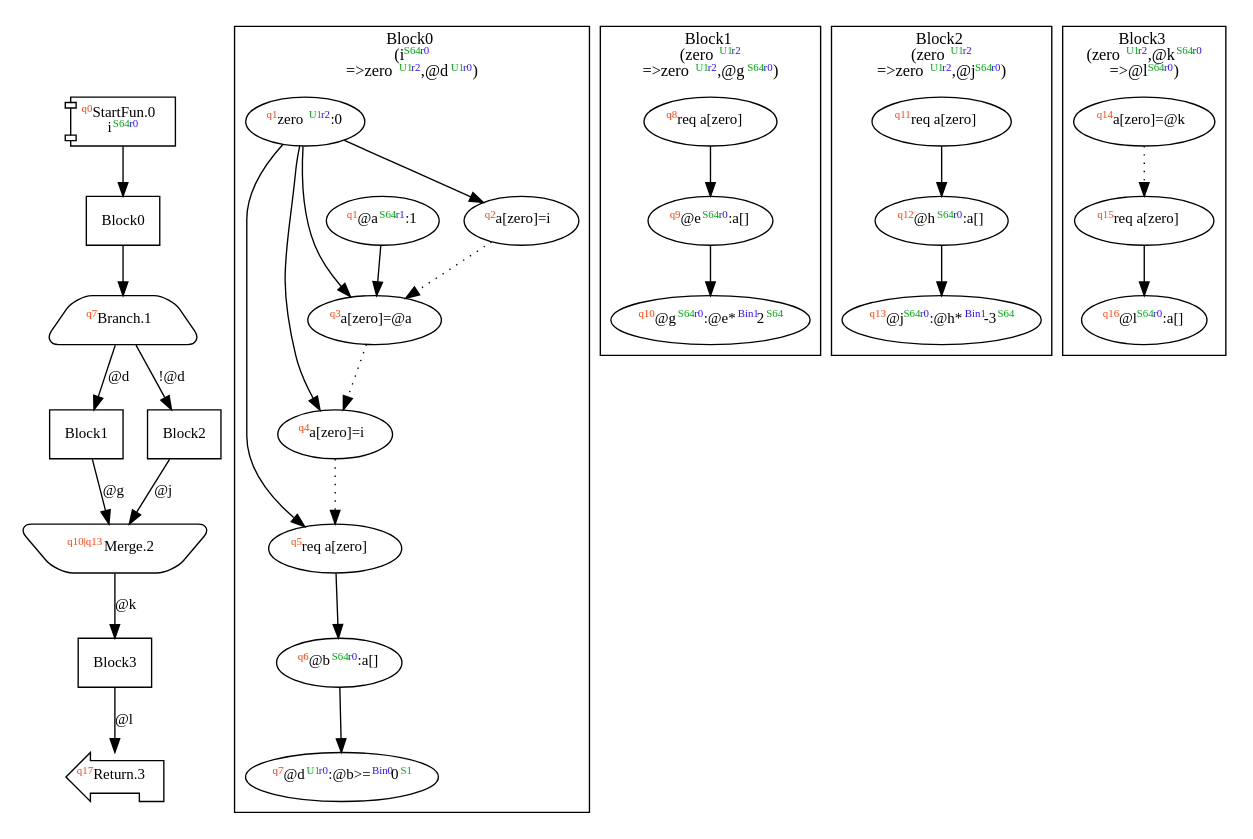
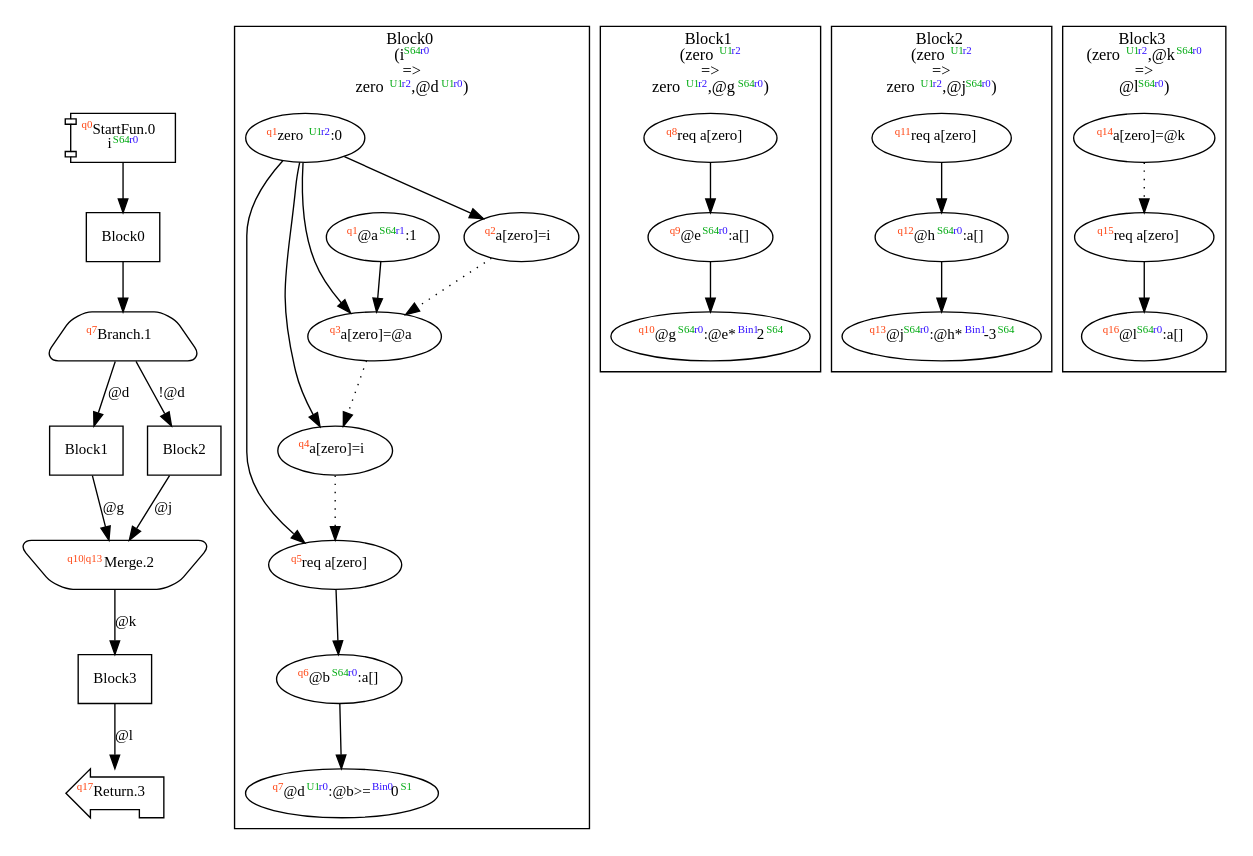
The diagram in dist/dependencyTest.dot (akouryy/SyntheScala), drawn with Graphviz before and after one commit. The commit also changed 23 other files, not shown here.

```diff
--- a/dist/dependencyTest.dot
+++ b/dist/dependencyTest.dot
@@ -1,73 +1,73 @@
 digraph Program_ {
   graph [fontname = "Monaco", fontsize = 12, ranksep = 0.5];
   node [shape = box, fontname = "Monaco", fontsize = 11; colorscheme = pastel19];
   edge [fontname = "Monaco", fontsize = 11; colorscheme = pastel19];
   Jump0[label = <<font color="#ff4411" point-size="8"><sup>q0</sup></font>StartFun.0<br/>i<font color="#00aa11" point-size="8"><sup>S64</sup></font><font color="#3311ff" point-size="8"><sup>r0</sup></font>>; shape = component];
   Jump0 -> Block0;
   Jump1[
     label = <<font color="#ff4411" point-size="8"><sup>q7</sup></font>Branch.1>;
     shape = trapezium; style = rounded;
   ];
   Block0 -> Jump1;
   Jump1 -> Block1 [label=<@d>];
   Jump1 -> Block2 [label=<!@d>];
   Jump2[label = <<font color="#ff4411" point-size="8"><sup>q10|q13</sup></font>Merge.2>; shape = invtrapezium; style = rounded];
   Block1 -> Jump2 [label=<@g>];
   Block2 -> Jump2 [label=<@j>];
   Jump2 -> Block3 [label=<@k>];
   Jump3[label = <<font color="#ff4411" point-size="8"><sup>q17</sup></font>Return.3>; shape = lpromoter];
   Block3 -> Jump3 [label=<@l>];
   Block0 [label = "Block0"];
   Block1 [label = "Block1"];
   Block2 [label = "Block2"];
   Block3 [label = "Block3"];
   subgraph cluster_dfg_Block0 {
     node [shape = oval];
-    label = <Block0<br/>(i<font color="#00aa11" point-size="8"><sup>S64</sup></font><font color="#3311ff" point-size="8"><sup>r0</sup></font><br/>=&gt;zero<font color="#00aa11" point-size="8"><sup>U1</sup></font><font color="#3311ff" point-size="8"><sup>r2</sup></font>,@d<font color="#00aa11" point-size="8"><sup>U1</sup></font><font color="#3311ff" point-size="8"><sup>r0</sup></font>)>;
+    label = <Block0<br/>(i<font color="#00aa11" point-size="8"><sup>S64</sup></font><font color="#3311ff" point-size="8"><sup>r0</sup></font><br/>=&gt;<br/>zero<font color="#00aa11" point-size="8"><sup>U1</sup></font><font color="#3311ff" point-size="8"><sup>r2</sup></font>,@d<font color="#00aa11" point-size="8"><sup>U1</sup></font><font color="#3311ff" point-size="8"><sup>r0</sup></font>)>;
     0 [label=<<font color="#ff4411" point-size="8"><sup>q1</sup></font>zero<font color="#00aa11" point-size="8"><sup>U1</sup></font><font color="#3311ff" point-size="8"><sup>r2</sup></font>:0>];
     5 [label=<<font color="#ff4411" point-size="8"><sup>q5</sup></font>req a[zero&#93;>];
     1 [label=<<font color="#ff4411" point-size="8"><sup>q2</sup></font>a[zero&#93;=i>];
     6 [label=<<font color="#ff4411" point-size="8"><sup>q6</sup></font>@b<font color="#00aa11" point-size="8"><sup>S64</sup></font><font color="#3311ff" point-size="8"><sup>r0</sup></font>:a[&#93;>];
     2 [label=<<font color="#ff4411" point-size="8"><sup>q1</sup></font>@a<font color="#00aa11" point-size="8"><sup>S64</sup></font><font color="#3311ff" point-size="8"><sup>r1</sup></font>:1>];
     3 [label=<<font color="#ff4411" point-size="8"><sup>q3</sup></font>a[zero&#93;=@a>];
     8 [label=<<font color="#ff4411" point-size="8"><sup>q7</sup></font>@d<font color="#00aa11" point-size="8"><sup>U1</sup></font><font color="#3311ff" point-size="8"><sup>r0</sup></font>:@b&gt;=<font color="#3311ff" point-size="8"><sup>Bin0</sup></font>0<font color="#00aa11" point-size="8"><sup>S1</sup></font>>];
     4 [label=<<font color="#ff4411" point-size="8"><sup>q4</sup></font>a[zero&#93;=i>];
     0 -> 1;
     0 -> 3;
     0 -> 4;
     0 -> 5;
     2 -> 3;
     6 -> 8;
     1 -> 3 [style = dotted];
     3 -> 4 [style = dotted];
     4 -> 5 [style = dotted];
     5 -> 6 [style = solid];
   }
   subgraph cluster_dfg_Block1 {
     node [shape = oval];
-    label = <Block1<br/>(zero<font color="#00aa11" point-size="8"><sup>U1</sup></font><font color="#3311ff" point-size="8"><sup>r2</sup></font><br/>=&gt;zero<font color="#00aa11" point-size="8"><sup>U1</sup></font><font color="#3311ff" point-size="8"><sup>r2</sup></font>,@g<font color="#00aa11" point-size="8"><sup>S64</sup></font><font color="#3311ff" point-size="8"><sup>r0</sup></font>)>;
+    label = <Block1<br/>(zero<font color="#00aa11" point-size="8"><sup>U1</sup></font><font color="#3311ff" point-size="8"><sup>r2</sup></font><br/>=&gt;<br/>zero<font color="#00aa11" point-size="8"><sup>U1</sup></font><font color="#3311ff" point-size="8"><sup>r2</sup></font>,@g<font color="#00aa11" point-size="8"><sup>S64</sup></font><font color="#3311ff" point-size="8"><sup>r0</sup></font>)>;
     10 [label=<<font color="#ff4411" point-size="8"><sup>q9</sup></font>@e<font color="#00aa11" point-size="8"><sup>S64</sup></font><font color="#3311ff" point-size="8"><sup>r0</sup></font>:a[&#93;>];
     9 [label=<<font color="#ff4411" point-size="8"><sup>q8</sup></font>req a[zero&#93;>];
     12 [label=<<font color="#ff4411" point-size="8"><sup>q10</sup></font>@g<font color="#00aa11" point-size="8"><sup>S64</sup></font><font color="#3311ff" point-size="8"><sup>r0</sup></font>:@e*<font color="#3311ff" point-size="8"><sup>Bin1</sup></font>2<font color="#00aa11" point-size="8"><sup>S64</sup></font>>];
     10 -> 12;
     9 -> 10 [style = solid];
   }
   subgraph cluster_dfg_Block2 {
     node [shape = oval];
-    label = <Block2<br/>(zero<font color="#00aa11" point-size="8"><sup>U1</sup></font><font color="#3311ff" point-size="8"><sup>r2</sup></font><br/>=&gt;zero<font color="#00aa11" point-size="8"><sup>U1</sup></font><font color="#3311ff" point-size="8"><sup>r2</sup></font>,@j<font color="#00aa11" point-size="8"><sup>S64</sup></font><font color="#3311ff" point-size="8"><sup>r0</sup></font>)>;
+    label = <Block2<br/>(zero<font color="#00aa11" point-size="8"><sup>U1</sup></font><font color="#3311ff" point-size="8"><sup>r2</sup></font><br/>=&gt;<br/>zero<font color="#00aa11" point-size="8"><sup>U1</sup></font><font color="#3311ff" point-size="8"><sup>r2</sup></font>,@j<font color="#00aa11" point-size="8"><sup>S64</sup></font><font color="#3311ff" point-size="8"><sup>r0</sup></font>)>;
     14 [label=<<font color="#ff4411" point-size="8"><sup>q12</sup></font>@h<font color="#00aa11" point-size="8"><sup>S64</sup></font><font color="#3311ff" point-size="8"><sup>r0</sup></font>:a[&#93;>];
     13 [label=<<font color="#ff4411" point-size="8"><sup>q11</sup></font>req a[zero&#93;>];
     16 [label=<<font color="#ff4411" point-size="8"><sup>q13</sup></font>@j<font color="#00aa11" point-size="8"><sup>S64</sup></font><font color="#3311ff" point-size="8"><sup>r0</sup></font>:@h*<font color="#3311ff" point-size="8"><sup>Bin1</sup></font>-3<font color="#00aa11" point-size="8"><sup>S64</sup></font>>];
     14 -> 16;
     13 -> 14 [style = solid];
   }
   subgraph cluster_dfg_Block3 {
     node [shape = oval];
-    label = <Block3<br/>(zero<font color="#00aa11" point-size="8"><sup>U1</sup></font><font color="#3311ff" point-size="8"><sup>r2</sup></font>,@k<font color="#00aa11" point-size="8"><sup>S64</sup></font><font color="#3311ff" point-size="8"><sup>r0</sup></font><br/>=&gt;@l<font color="#00aa11" point-size="8"><sup>S64</sup></font><font color="#3311ff" point-size="8"><sup>r0</sup></font>)>;
+    label = <Block3<br/>(zero<font color="#00aa11" point-size="8"><sup>U1</sup></font><font color="#3311ff" point-size="8"><sup>r2</sup></font>,@k<font color="#00aa11" point-size="8"><sup>S64</sup></font><font color="#3311ff" point-size="8"><sup>r0</sup></font><br/>=&gt;<br/>@l<font color="#00aa11" point-size="8"><sup>S64</sup></font><font color="#3311ff" point-size="8"><sup>r0</sup></font>)>;
     17 [label=<<font color="#ff4411" point-size="8"><sup>q14</sup></font>a[zero&#93;=@k>];
     19 [label=<<font color="#ff4411" point-size="8"><sup>q16</sup></font>@l<font color="#00aa11" point-size="8"><sup>S64</sup></font><font color="#3311ff" point-size="8"><sup>r0</sup></font>:a[&#93;>];
     18 [label=<<font color="#ff4411" point-size="8"><sup>q15</sup></font>req a[zero&#93;>];
     17 -> 18 [style = dotted];
     18 -> 19 [style = solid];
   }
 }
```
